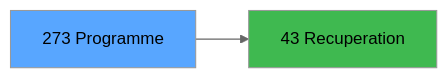
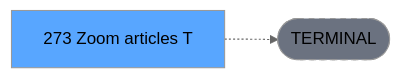
Before and after one commit to thonyAGP/lecteur-magic: the third of 3 diagrams in .openspec/specs/ADH-IDE-273.md, drawn with Mermaid (neutral theme). The commit also changed other lines of this file and 701 other files, not shown here.

````diff
--- a/.openspec/specs/ADH-IDE-273.md
+++ b/.openspec/specs/ADH-IDE-273.md
@@ -133,8 +134,8 @@
 ```mermaid
 graph LR
-    T[273 Programme]
-    C43[43 Recuperation]
-    T --> C43
+    T[273 Zoom articles T]
+    TERM([TERMINAL])
+    T -.-> TERM
+    style TERM fill:#6b7280,stroke-dasharray: 5 5
     style T fill:#58a6ff,color:#000
-    style C43 fill:#3fb950
 ```
````
